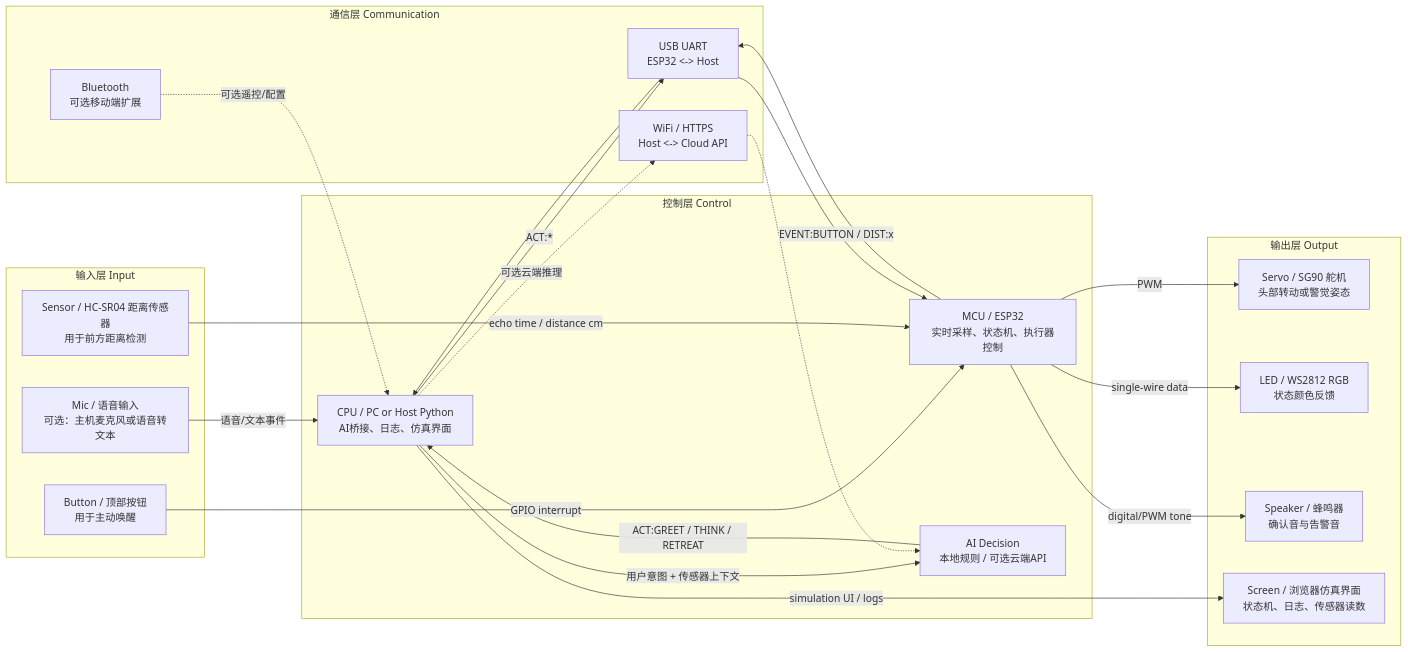
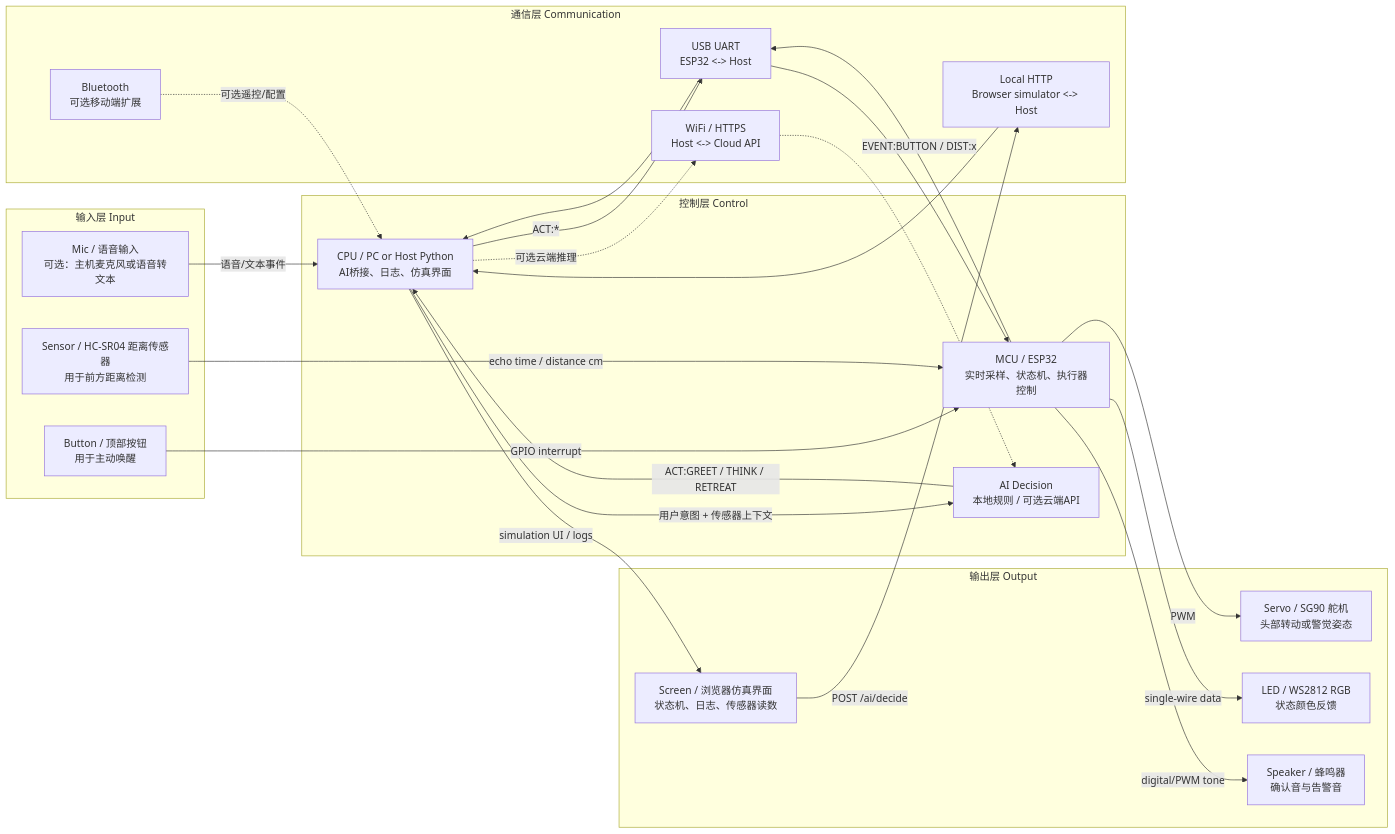
One commit to collinscallahang/minipal-aios-robot changed the first of 2 diagrams in docs/02_architecture.md. Above: the diagram before and after it, drawn with Mermaid. The commit also changed other lines of this file and 7 other files, not shown here.

````diff
--- a/docs/02_architecture.md
+++ b/docs/02_architecture.md
@@ -5,47 +5,50 @@
 ```mermaid
 flowchart LR
     subgraph Input["输入层 Input"]
         MIC["Mic / 语音输入\n可选：主机麦克风或语音转文本"]
         BTN["Button / 顶部按钮\n用于主动唤醒"]
         SENSOR["Sensor / HC-SR04 距离传感器\n用于前方距离检测"]
     end
 
     subgraph Control["控制层 Control"]
         MCU["MCU / ESP32\n实时采样、状态机、执行器控制"]
         CPU["CPU / PC or Host Python\nAI桥接、日志、仿真界面"]
         AI["AI Decision\n本地规则 / 可选云端API"]
     end
 
     subgraph Output["输出层 Output"]
         SERVO["Servo / SG90 舵机\n头部转动或警觉姿态"]
         LED["LED / WS2812 RGB\n状态颜色反馈"]
         SPEAKER["Speaker / 蜂鸣器\n确认音与告警音"]
         SCREEN["Screen / 浏览器仿真界面\n状态机、日志、传感器读数"]
     end
 
     subgraph Comm["通信层 Communication"]
         UART["USB UART\nESP32 <-> Host"]
+        HTTP["Local HTTP\nBrowser simulator <-> Host"]
         WIFI["WiFi / HTTPS\nHost <-> Cloud API"]
         BLE["Bluetooth\n可选移动端扩展"]
     end
 
     MIC -->|"语音/文本事件"| CPU
     BTN -->|"GPIO interrupt"| MCU
     SENSOR -->|"echo time / distance cm"| MCU
 
     MCU -->|"EVENT:BUTTON / DIST:x"| UART
     UART --> CPU
     CPU -->|"用户意图 + 传感器上下文"| AI
     AI -->|"ACT:GREET / THINK / RETREAT"| CPU
     CPU -->|"ACT:*"| UART
     UART --> MCU
+    SCREEN -->|"POST /ai/decide"| HTTP
+    HTTP --> CPU
 
     CPU -.->|"可选云端推理"| WIFI
     WIFI -.-> AI
     BLE -.->|"可选遥控/配置"| CPU
 
     MCU -->|"PWM"| SERVO
     MCU -->|"single-wire data"| LED
     MCU -->|"digital/PWM tone"| SPEAKER
     CPU -->|"simulation UI / logs"| SCREEN
 ```
````
